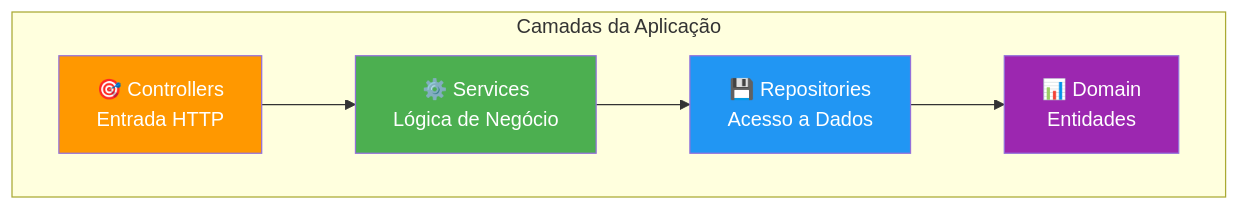
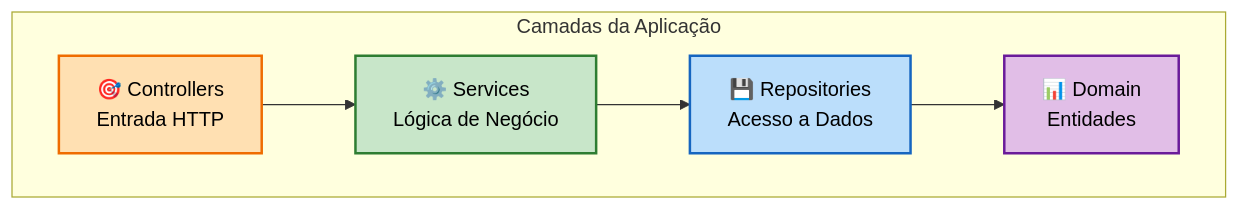
The fifth of 9 diagrams in docs/04-justificativas-tecnicas.md (gabrigabs/public-polls-app), drawn with Mermaid before and after one commit. The commit also changed other lines of this file and 6 other files, not shown here.

Commit message:
docs: standardize and improve mermaid diagrams readability

````diff
--- a/docs/04-justificativas-tecnicas.md
+++ b/docs/04-justificativas-tecnicas.md
@@ -145,16 +149,22 @@
 ```mermaid
 graph TB
     subgraph "Camadas da Aplicação"
         C["🎯 Controllers<br/>Entrada HTTP"]
         S["⚙️ Services<br/>Lógica de Negócio"]
         R["💾 Repositories<br/>Acesso a Dados"]
         D["📊 Domain<br/>Entidades"]
     end
 
     C --> S --> R --> D
 
-    style C fill:#ff9800,color:#fff
-    style S fill:#4caf50,color:#fff
-    style R fill:#2196f3,color:#fff
-    style D fill:#9c27b0,color:#fff
+    %% Styling
+    classDef ctrl fill:#ffe0b2,stroke:#ef6c00,color:#000,stroke-width:2px;
+    classDef svc fill:#c8e6c9,stroke:#2e7d32,color:#000,stroke-width:2px;
+    classDef repo fill:#bbdefb,stroke:#1565c0,color:#000,stroke-width:2px;
+    classDef domain fill:#e1bee7,stroke:#6a1b9a,color:#000,stroke-width:2px;
+
+    class C ctrl;
+    class S svc;
+    class R repo;
+    class D domain;
 ```
````
